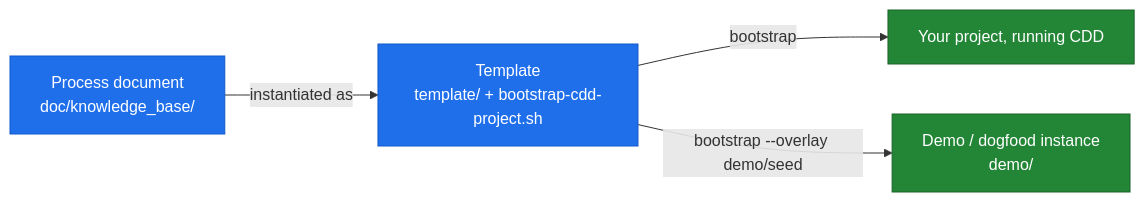
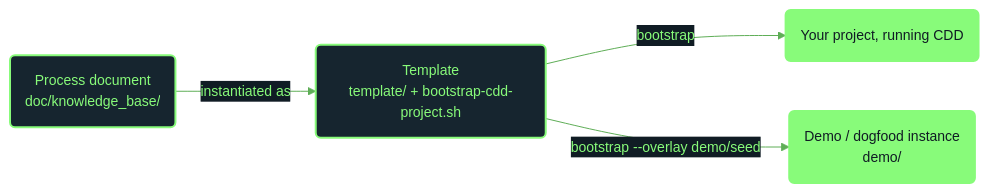
Before and after one commit to drabaioli/cdd: the second of 2 diagrams in README.md, drawn with Mermaid. The commit also changed other lines of this file, not shown here.

First line of the commit message:
README: restyle Mermaid diagrams with terminal-derived palette

````diff
--- a/README.md
+++ b/README.md
@@ -56,14 +57,15 @@
 ```mermaid
+%%{init: {'theme':'base', 'themeVariables': {'background':'#101c24', 'primaryColor':'#16252f', 'primaryTextColor':'#88fb7a', 'primaryBorderColor':'#88fb7a', 'lineColor':'#5fae57', 'textColor':'#a9d6a0', 'edgeLabelBackground':'#101c24', 'fontFamily':'ui-monospace, SFMono-Regular, Menlo, monospace', 'fontSize':'14px'}, 'flowchart': {'curve':'basis'}}}%%
 flowchart LR
-    PD["Process document<br>doc/knowledge_base/"]:::layer
-    T["Template<br>template/ + bootstrap-cdd-project.sh"]:::layer
-    NEW["Your project, running CDD"]:::out
-    DEMO["Demo / dogfood instance<br>demo/"]:::out
+    PD("Process document<br>doc/knowledge_base/"):::layer
+    T("Template<br>template/ + bootstrap-cdd-project.sh"):::layer
+    NEW("Your project, running CDD"):::out
+    DEMO("Demo / dogfood instance<br>demo/"):::out
 
     PD -->|"instantiated as"| T
     T -->|"bootstrap"| NEW
     T -->|"bootstrap --overlay demo/seed"| DEMO
 
-    classDef layer fill:#1f6feb,stroke:#1158c7,color:#ffffff
-    classDef out fill:#238636,stroke:#1a6329,color:#ffffff
+    classDef layer fill:#16252f,stroke:#88fb7a,color:#88fb7a,stroke-width:2px
+    classDef out fill:#88fb7a,stroke:#88fb7a,color:#101c24,stroke-width:2px
 ```
````
